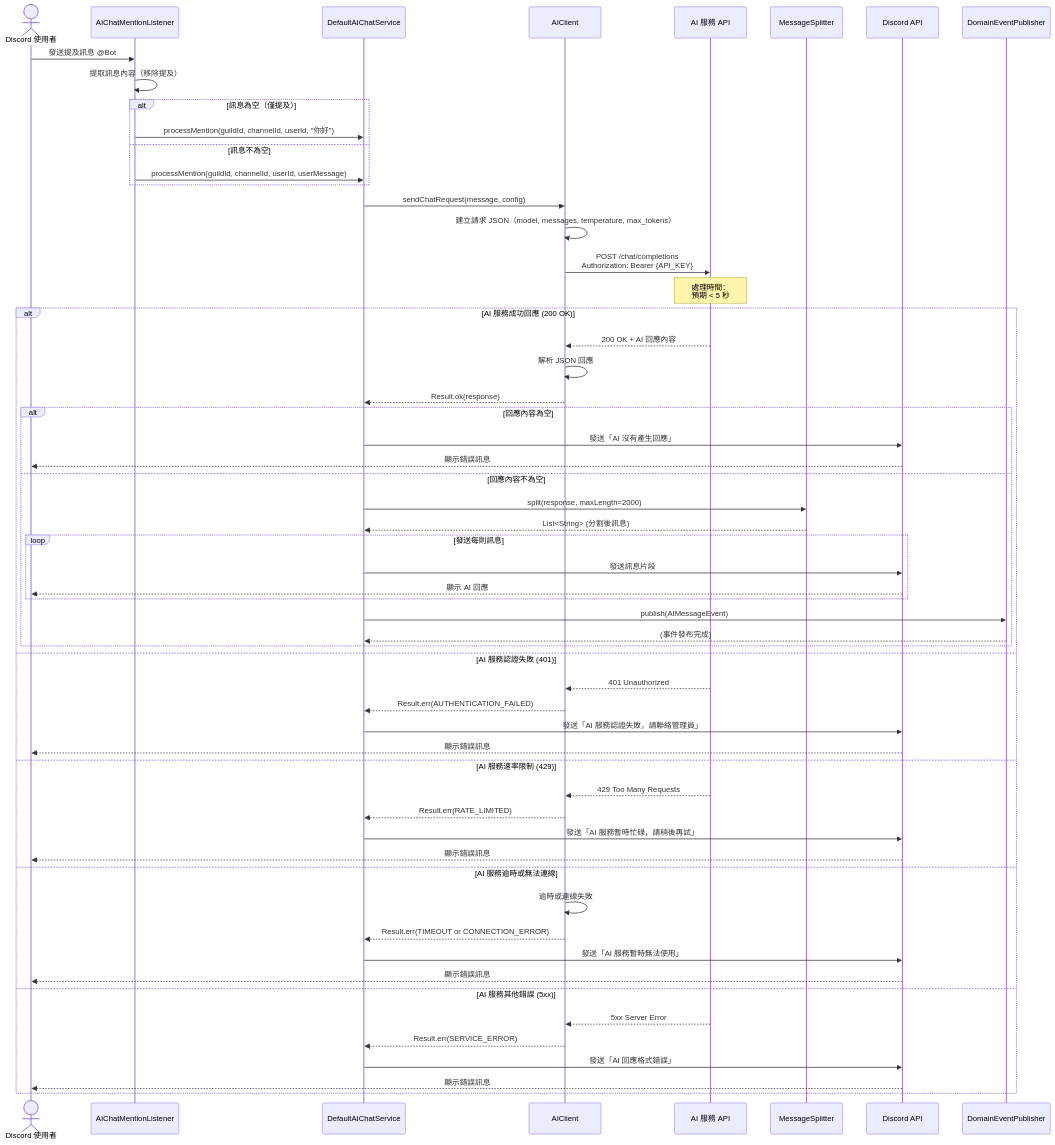
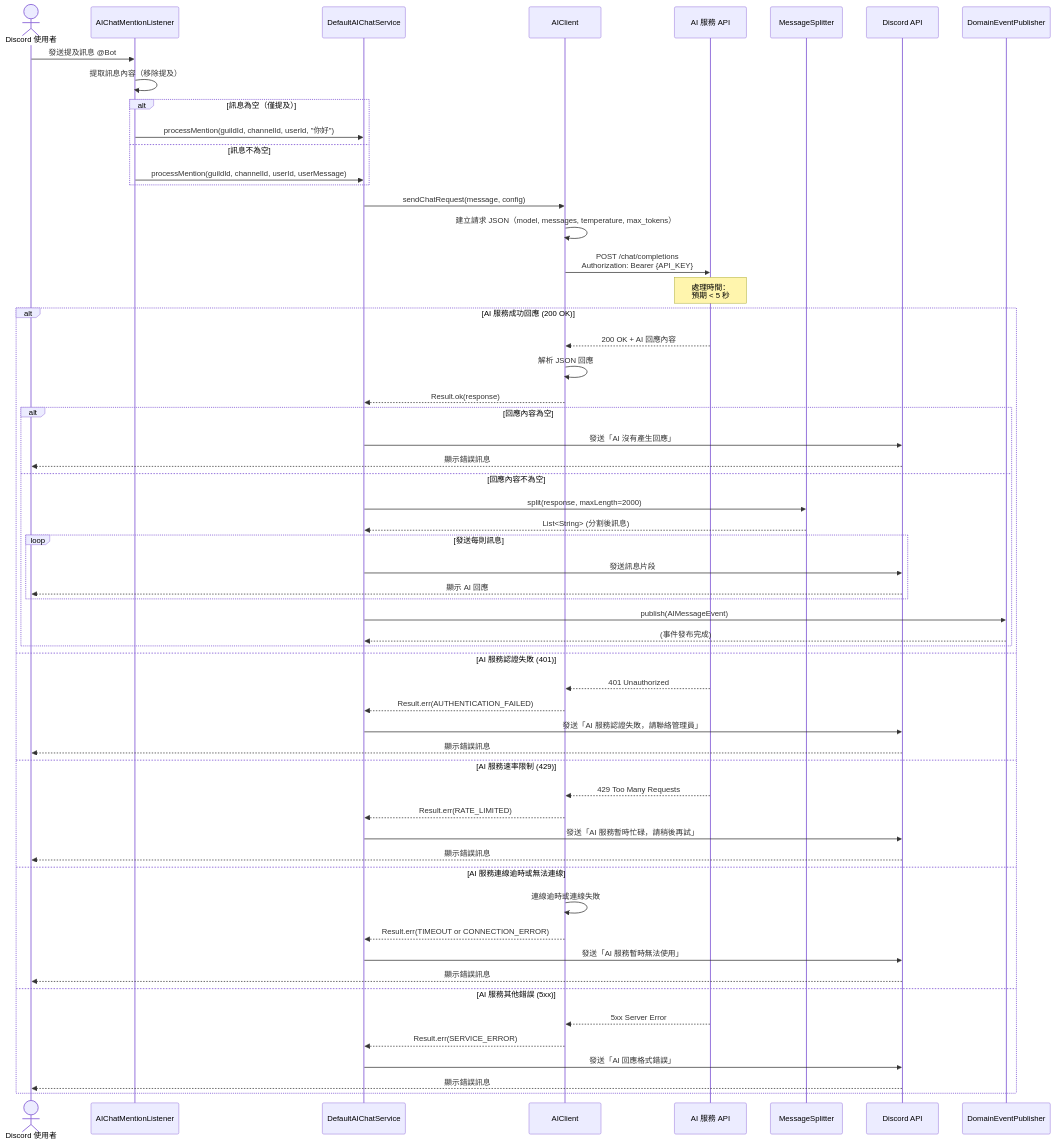
Before and after one commit to LaiTszKin/LTDJMS: the ninth of 9 diagrams in docs/architecture/sequence-diagrams.md, drawn with Mermaid. The commit also changed other lines of this file and 28 other files, not shown here.

````diff
--- a/docs/architecture/sequence-diagrams.md
+++ b/docs/architecture/sequence-diagrams.md
@@ -481,72 +481,72 @@
 ```mermaid
 sequenceDiagram
     actor User as Discord 使用者
     participant Listener as AIChatMentionListener
     participant Service as DefaultAIChatService
     participant Client as AIClient
     participant AI as AI 服務 API
     participant Splitter as MessageSplitter
     participant Discord as Discord API
     participant EventBus as DomainEventPublisher
 
     User->>Listener: 發送提及訊息 @Bot
     Listener->>Listener: 提取訊息內容（移除提及）
 
     alt 訊息為空（僅提及）
         Listener->>Service: processMention(guildId, channelId, userId, "你好")
     else 訊息不為空
         Listener->>Service: processMention(guildId, channelId, userId, userMessage)
     end
 
     Service->>Client: sendChatRequest(message, config)
     Client->>Client: 建立請求 JSON（model, messages, temperature, max_tokens）
     Client->>AI: POST /chat/completions<br/>Authorization: Bearer {API_KEY}
 
     Note over AI: 處理時間：<br/>預期 < 5 秒
 
     alt AI 服務成功回應 (200 OK)
         AI-->>Client: 200 OK + AI 回應內容
         Client->>Client: 解析 JSON 回應
         Client-->>Service: Result.ok(response)
 
         alt 回應內容為空
             Service->>Discord: 發送「AI 沒有產生回應」
             Discord-->>User: 顯示錯誤訊息
         else 回應內容不為空
             Service->>Splitter: split(response, maxLength=2000)
             Splitter-->>Service: List<String> (分割後訊息)
 
             loop 發送每則訊息
                 Service->>Discord: 發送訊息片段
                 Discord-->>User: 顯示 AI 回應
             end
 
             Service->>EventBus: publish(AIMessageEvent)
             EventBus-->>Service: (事件發布完成)
         end
 
     else AI 服務認證失敗 (401)
         AI-->>Client: 401 Unauthorized
         Client-->>Service: Result.err(AUTHENTICATION_FAILED)
         Service->>Discord: 發送「AI 服務認證失敗，請聯絡管理員」
         Discord-->>User: 顯示錯誤訊息
 
     else AI 服務速率限制 (429)
         AI-->>Client: 429 Too Many Requests
         Client-->>Service: Result.err(RATE_LIMITED)
         Service->>Discord: 發送「AI 服務暫時忙碌，請稍後再試」
         Discord-->>User: 顯示錯誤訊息
 
-    else AI 服務逾時或無法連線
-        Client->>Client: 逾時或連線失敗
+    else AI 服務連線逾時或無法連線
+        Client->>Client: 連線逾時或連線失敗
         Client-->>Service: Result.err(TIMEOUT or CONNECTION_ERROR)
         Service->>Discord: 發送「AI 服務暫時無法使用」
         Discord-->>User: 顯示錯誤訊息
 
     else AI 服務其他錯誤 (5xx)
         AI-->>Client: 5xx Server Error
         Client-->>Service: Result.err(SERVICE_ERROR)
         Service->>Discord: 發送「AI 回應格式錯誤」
         Discord-->>User: 顯示錯誤訊息
     end
 ```
````
